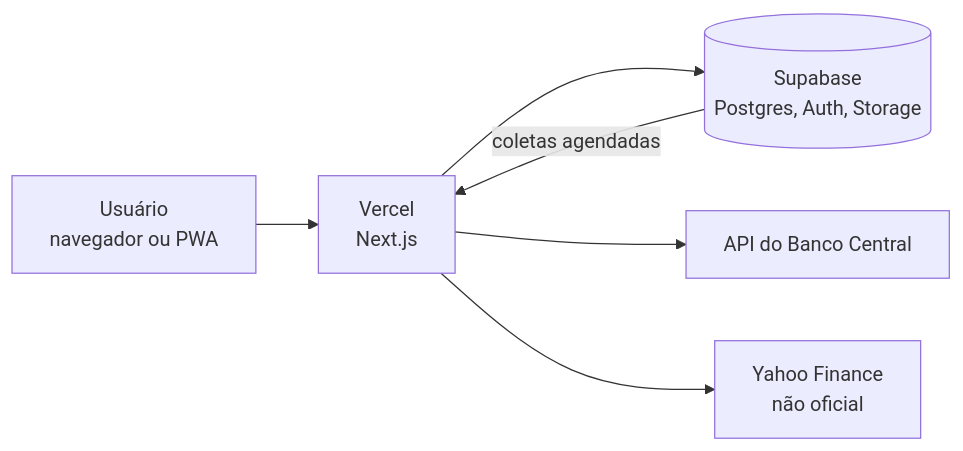
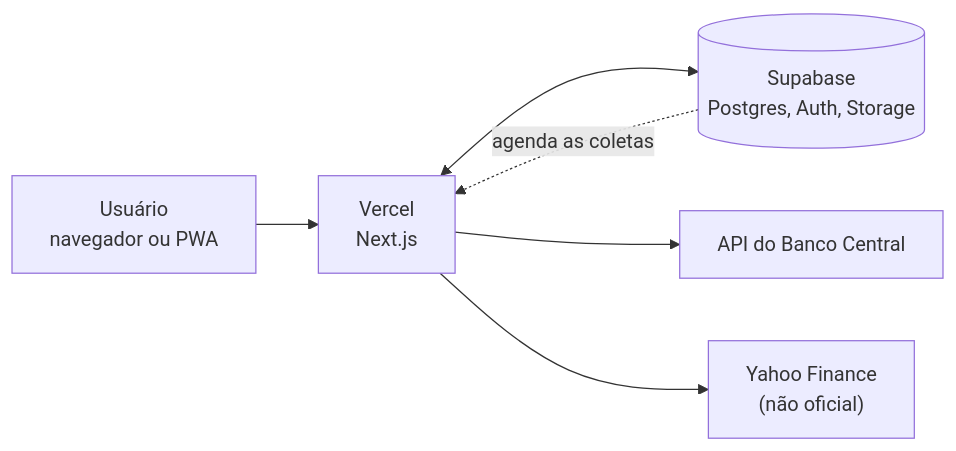
The diagram in README.md (dalmeidasdev/economia-showcase), drawn with Mermaid before and after one commit. The commit also changed other lines of this file, not shown here.

````diff
--- a/README.md
+++ b/README.md
@@ -46,8 +55,8 @@
 ```mermaid
 flowchart LR
-    U[Usuário<br/>navegador ou PWA] --> V[Vercel<br/>Next.js]
-    V --> S[(Supabase<br/>Postgres, Auth, Storage)]
-    S -- coletas agendadas --> V
-    V --> BC[API do Banco Central]
-    V --> YF[Yahoo Finance<br/>não oficial]
+    U["Usuário<br/>navegador ou PWA"] --> V["Vercel<br/>Next.js"]
+    V <--> S[("Supabase<br/>Postgres, Auth, Storage")]
+    S -. "agenda as coletas" .-> V
+    V --> BC["API do Banco Central"]
+    V --> YF["Yahoo Finance<br/>(não oficial)"]
 ```
````
